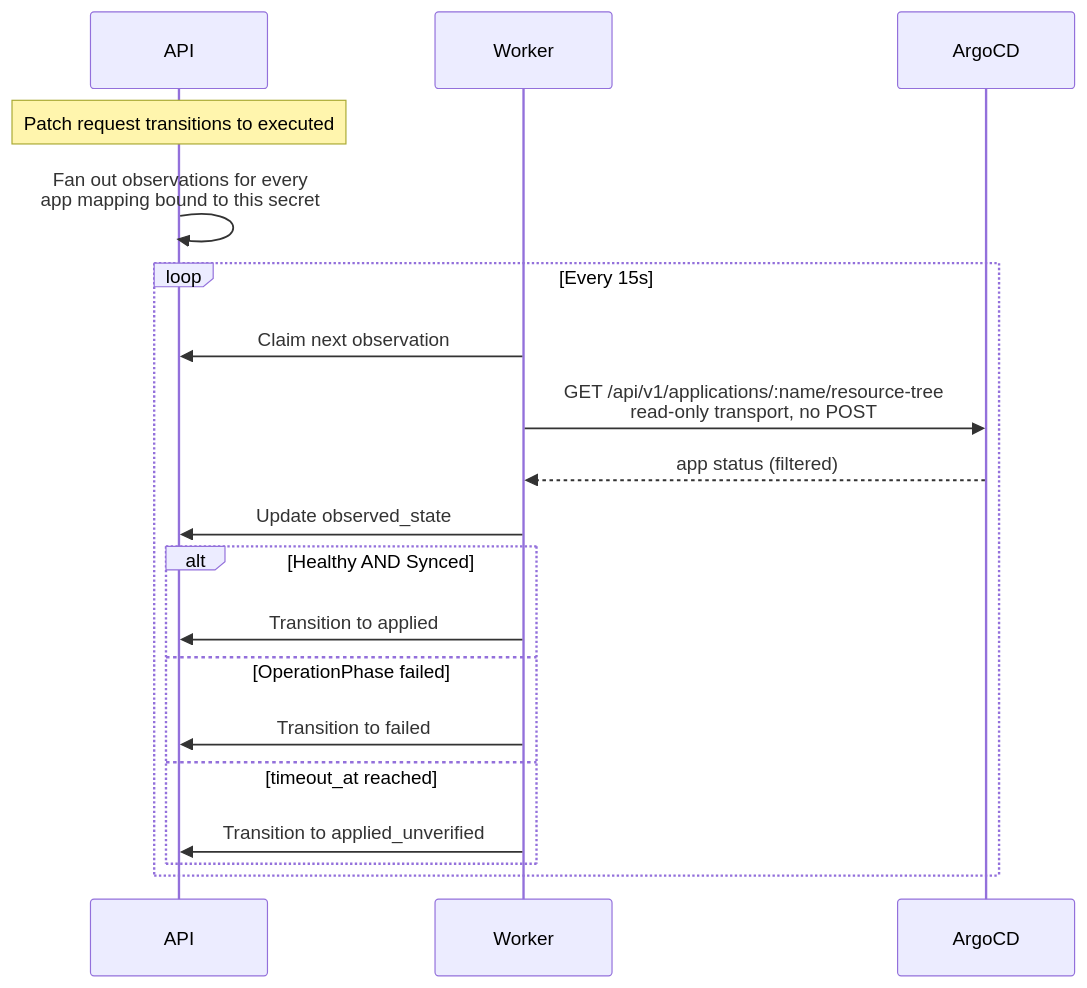
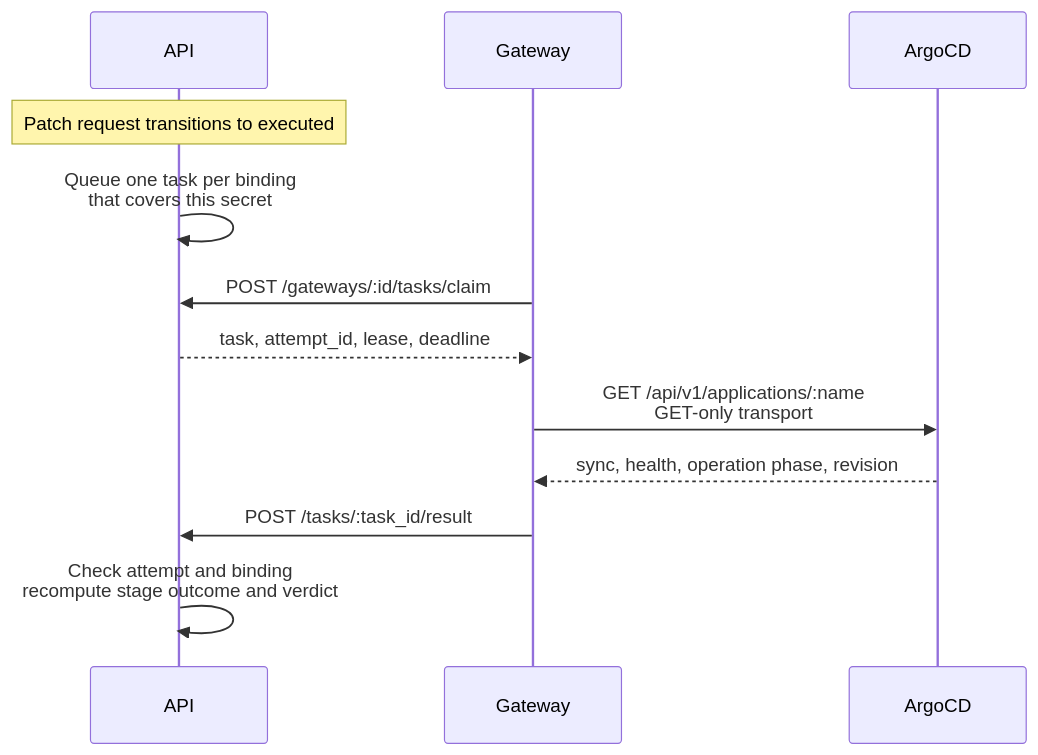
One commit to secrets-bridge/docs changed the fifth of 5 diagrams in docs/overview/architecture.md. Above: the diagram before and after it, drawn with Mermaid. The commit also changed other lines of this file and 17 other files, not shown here.

First line of the commit message:
docs: Gateway cutover runbook, the control plane no longer talks to Argo CD (#72)

````diff
--- a/docs/overview/architecture.md
+++ b/docs/overview/architecture.md
@@ -171,22 +168,15 @@
     ```mermaid
     sequenceDiagram
         participant API
-        participant Worker
+        participant Gateway
         participant ArgoCD
 
         Note over API: Patch request transitions to executed
-        API->>API: Fan out observations for every<br/>app mapping bound to this secret
-        loop Every 15s
-            Worker->>API: Claim next observation
-            Worker->>ArgoCD: GET /api/v1/applications/:name/resource-tree<br/>read-only transport, no POST
-            ArgoCD-->>Worker: app status (filtered)
-            Worker->>API: Update observed_state
-            alt Healthy AND Synced
-                Worker->>API: Transition to applied
-            else OperationPhase failed
-                Worker->>API: Transition to failed
-            else timeout_at reached
-                Worker->>API: Transition to applied_unverified
-            end
-        end
+        API->>API: Queue one task per binding<br/>that covers this secret
+        Gateway->>API: POST /gateways/:id/tasks/claim
+        API-->>Gateway: task, attempt_id, lease, deadline
+        Gateway->>ArgoCD: GET /api/v1/applications/:name<br/>GET-only transport
+        ArgoCD-->>Gateway: sync, health, operation phase, revision
+        Gateway->>API: POST /tasks/:task_id/result
+        API->>API: Check attempt and binding<br/>recompute stage outcome and verdict
     ```
````
